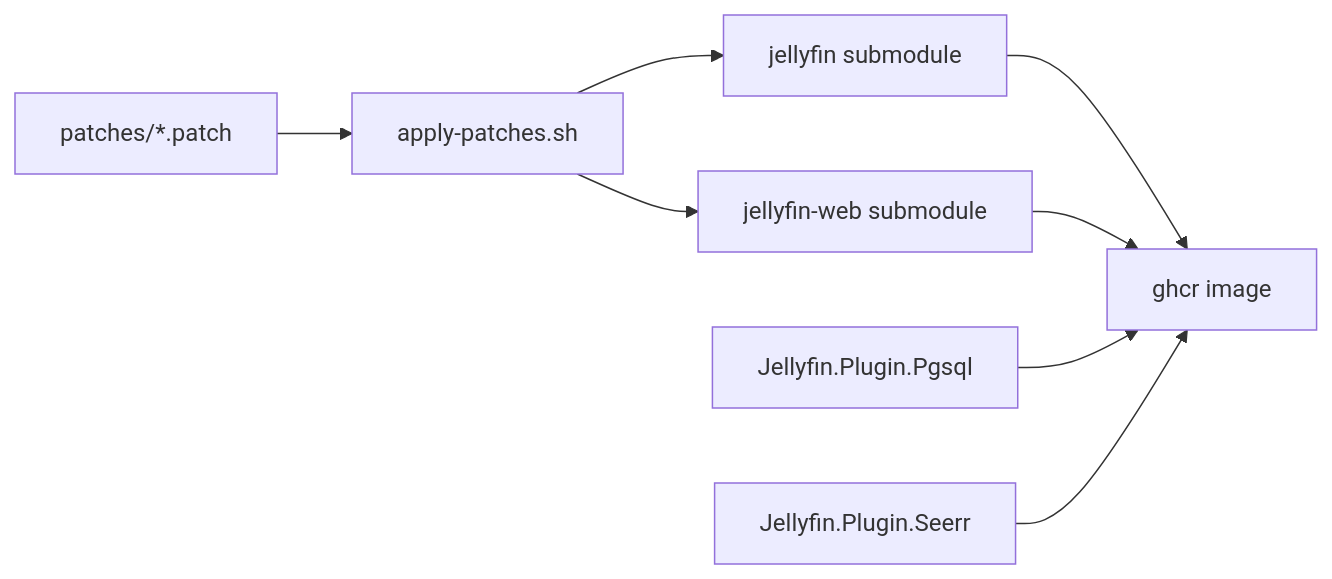
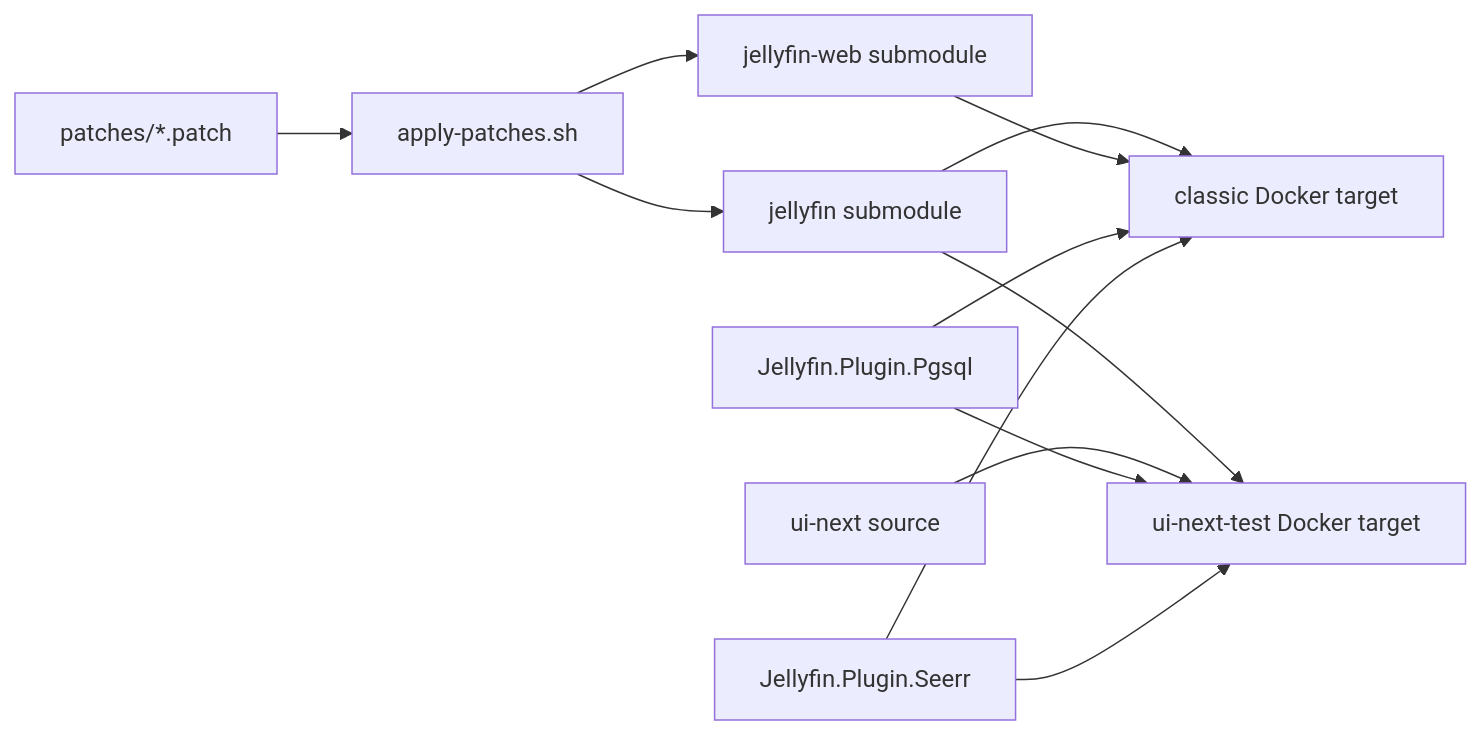
The diagram in docs/architecture.md (pantherale0/Jellyfin.Pgsql), drawn with Mermaid before and after one commit. The commit also changed other lines of this file and 25 other files, not shown here.

````diff
--- a/docs/architecture.md
+++ b/docs/architecture.md
@@ -66,17 +66,23 @@
 ```mermaid
 flowchart LR
   patches[patches/*.patch]
   apply[apply-patches.sh]
   core[jellyfin submodule]
   web[jellyfin-web submodule]
+  ui[ui-next source]
   plugin[Jellyfin.Plugin.Pgsql]
   seerr[Jellyfin.Plugin.Seerr]
-  image[ghcr image]
+  classic[classic Docker target]
+  test[ui-next-test Docker target]
   patches --> apply
   apply --> core
   apply --> web
-  core --> image
-  web --> image
-  plugin --> image
-  seerr --> image
+  core --> classic
+  web --> classic
+  core --> test
+  ui --> test
+  plugin --> classic
+  plugin --> test
+  seerr --> classic
+  seerr --> test
 ```
````
